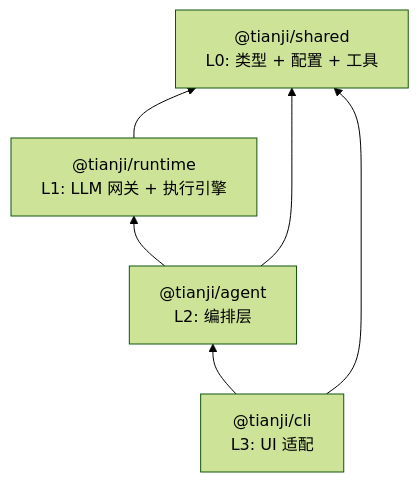
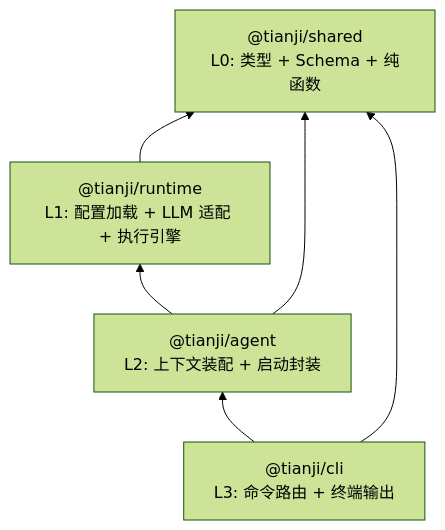
The first of 2 diagrams in docs/ARCHITECTURE.md (SXGC/tianji-ai), drawn with Mermaid (forest theme) before and after one commit. The commit also changed other lines of this file and 4 other files, not shown here.

First line of the commit message:
docs(architecture): 更新分层设计与分布式控制面方案

````diff
--- a/docs/ARCHITECTURE.md
+++ b/docs/ARCHITECTURE.md
@@ -263,13 +34,13 @@
 ```mermaid
 graph BT
-    SHARED["@tianji/shared<br/>L0: 类型 + 配置 + 工具"]
-    RUNTIME["@tianji/runtime<br/>L1: LLM 网关 + 执行引擎"]
-    AGENT["@tianji/agent<br/>L2: 编排层"]
-    CLI["@tianji/cli<br/>L3: UI 适配"]
+    SHARED["@tianji/shared<br/>L0: 类型 + Schema + 纯函数"]
+    RUNTIME["@tianji/runtime<br/>L1: 配置加载 + LLM 适配 + 执行引擎"]
+    AGENT["@tianji/agent<br/>L2: 上下文装配 + 启动封装"]
+    CLI["@tianji/cli<br/>L3: 命令路由 + 终端输出"]
 
     RUNTIME --> SHARED
     AGENT --> SHARED
     AGENT --> RUNTIME
     CLI --> SHARED
     CLI --> AGENT
 ```
````
